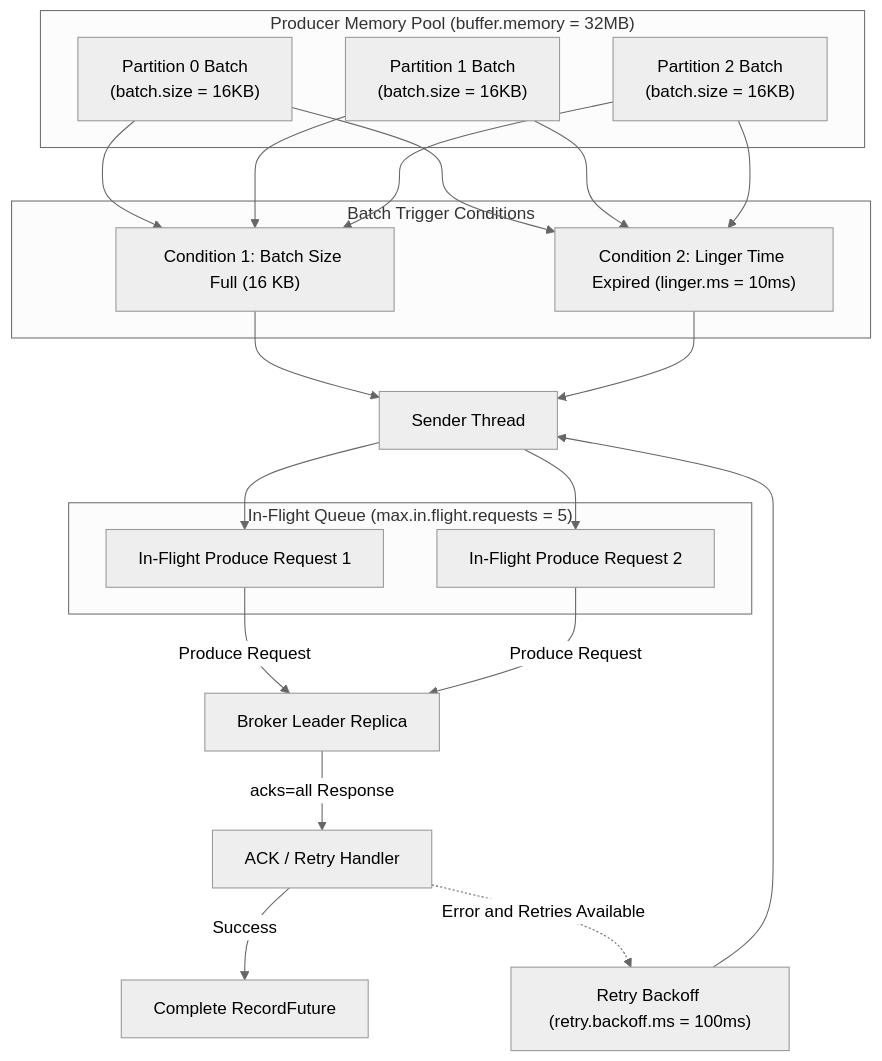
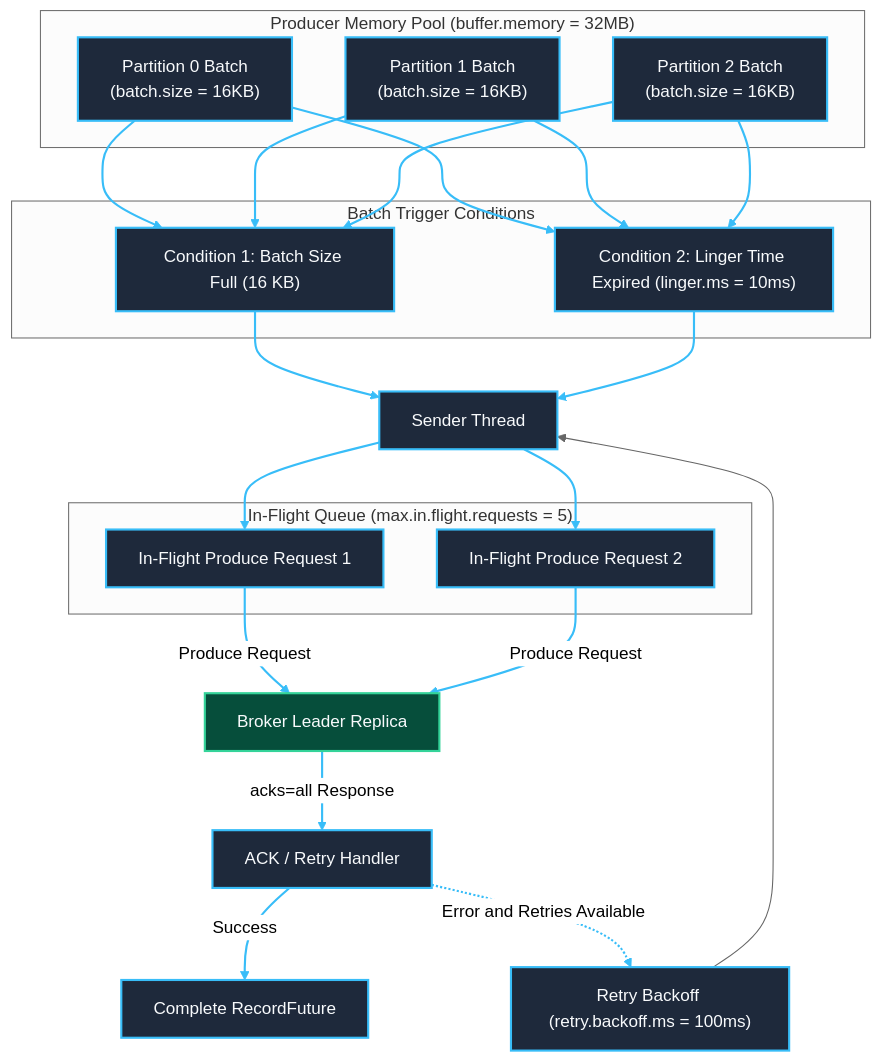
The sixth of 18 diagrams in docs/configDoc/kafka-configuration-guide.md (Chief-Strategist-J/llm-obs-infra), drawn with Mermaid (neutral theme) before and after one commit. The commit also changed other lines of this file, not shown here.

Commit message:
docs(kafka): reorder component sections to Code -> HLD -> LLD -> Parameters and apply custom color styling to all Mermaid diagrams

````diff
--- a/docs/configDoc/kafka-configuration-guide.md
+++ b/docs/configDoc/kafka-configuration-guide.md
@@ -583,38 +712,53 @@
 ```mermaid
 graph TB
     subgraph ProducerMemoryPool ["Producer Memory Pool (buffer.memory = 32MB)"]
         BatchP0["Partition 0 Batch<br/>(batch.size = 16KB)"]
         BatchP1["Partition 1 Batch<br/>(batch.size = 16KB)"]
         BatchP2["Partition 2 Batch<br/>(batch.size = 16KB)"]
     end
 
     subgraph BatchTriggerLogic ["Batch Trigger Conditions"]
         Trigger1["Condition 1: Batch Size Full (16 KB)"]
         Trigger2["Condition 2: Linger Time Expired (linger.ms = 10ms)"]
     end
 
     BatchP0 --> Trigger1
     BatchP1 --> Trigger1
     BatchP2 --> Trigger1
     BatchP0 --> Trigger2
     BatchP1 --> Trigger2
     BatchP2 --> Trigger2
 
     Trigger1 --> SenderThread["Sender Thread"]
     Trigger2 --> SenderThread
 
     subgraph InFlightNetworkQueue ["In-Flight Queue (max.in.flight.requests = 5)"]
         Req1["In-Flight Produce Request 1"]
         Req2["In-Flight Produce Request 2"]
     end
 
     SenderThread --> Req1
     SenderThread --> Req2
     Req1 -->|Produce Request| BrokerNode["Broker Leader Replica"]
     Req2 -->|Produce Request| BrokerNode
 
     BrokerNode -->|acks=all Response| AckHandler["ACK / Retry Handler"]
     AckHandler -->|Success| Complete["Complete RecordFuture"]
     AckHandler -.->|Error and Retries Available| RetryQueue["Retry Backoff (retry.backoff.ms = 100ms)"]
     RetryQueue --> SenderThread
+
+    style BatchP0 fill:#1e293b,stroke:#38bdf8,stroke-width:2px,color:#f8fafc
+    style BatchP1 fill:#1e293b,stroke:#38bdf8,stroke-width:2px,color:#f8fafc
+    style BatchP2 fill:#1e293b,stroke:#38bdf8,stroke-width:2px,color:#f8fafc
+    style Trigger1 fill:#1e293b,stroke:#38bdf8,stroke-width:2px,color:#f8fafc
+    style Trigger2 fill:#1e293b,stroke:#38bdf8,stroke-width:2px,color:#f8fafc
+    style SenderThread fill:#1e293b,stroke:#38bdf8,stroke-width:2px,color:#f8fafc
+    style Req1 fill:#1e293b,stroke:#38bdf8,stroke-width:2px,color:#f8fafc
+    style Req2 fill:#1e293b,stroke:#38bdf8,stroke-width:2px,color:#f8fafc
+    style BrokerNode fill:#064e3b,stroke:#34d399,stroke-width:2px,color:#f8fafc
+    style AckHandler fill:#1e293b,stroke:#38bdf8,stroke-width:2px,color:#f8fafc
+    style Complete fill:#1e293b,stroke:#38bdf8,stroke-width:2px,color:#f8fafc
+    style RetryQueue fill:#1e293b,stroke:#38bdf8,stroke-width:2px,color:#f8fafc
+
+    linkStyle 0,1,2,3,4,5,6,7,8,9,10,11,12,13,14 stroke:#38bdf8,stroke-width:2px;
 ```
````
